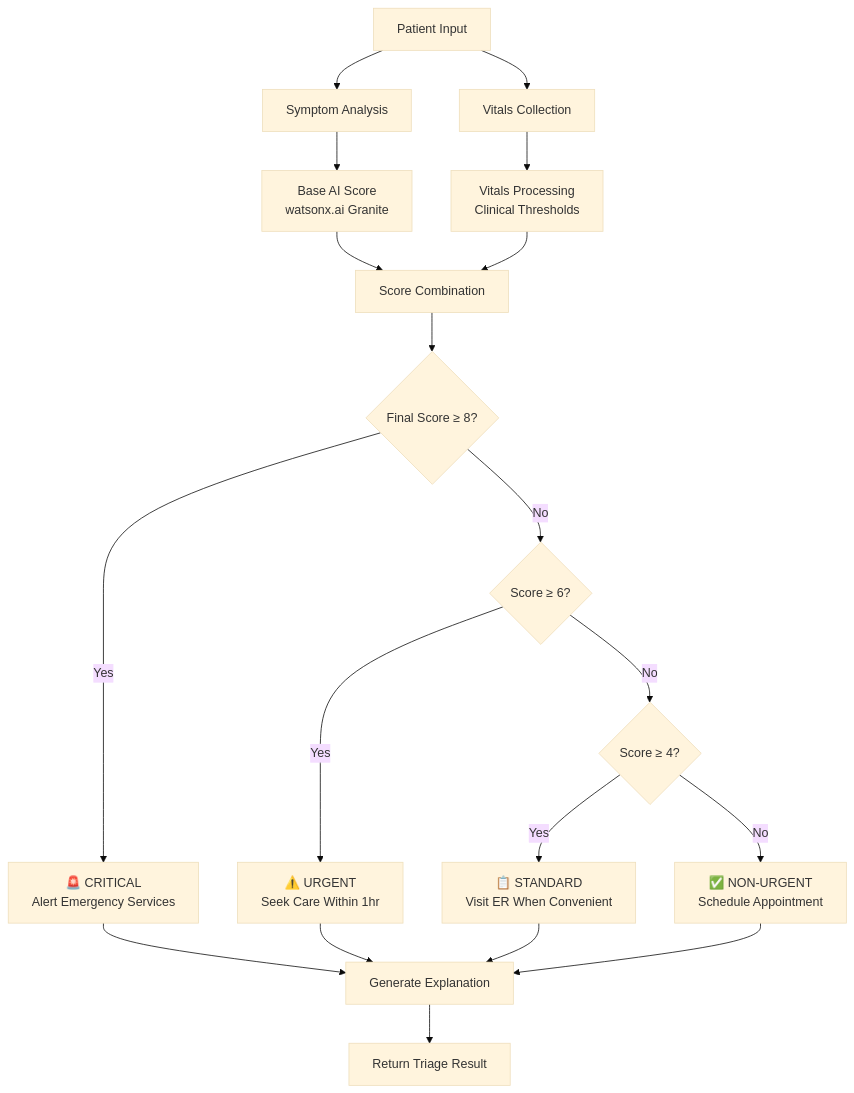
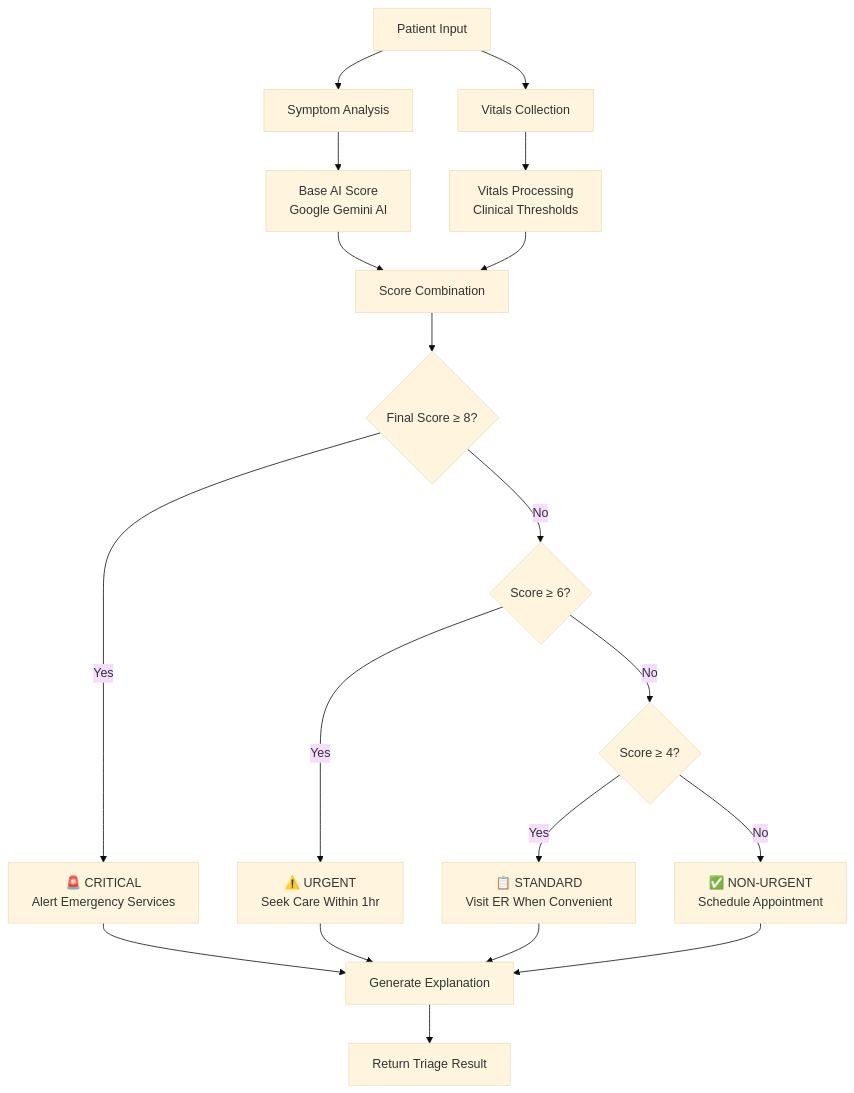
Before and after one commit to SA-Msweli/triage_bios_ai: the second of 2 diagrams in README.md, drawn with Mermaid (base theme). The commit also changed other lines of this file and 129 other files, not shown here.

````diff
--- a/README.md
+++ b/README.md
@@ -181,26 +180,26 @@
 ```mermaid
 flowchart TD
     A[Patient Input] --> B[Symptom Analysis]
     A --> C[Vitals Collection]
     
-    B --> D[Base AI Score<br/>watsonx.ai Granite]
+    B --> D[Base AI Score<br/>Google Gemini AI]
     C --> E[Vitals Processing<br/>Clinical Thresholds]
     
     D --> F[Score Combination]
     E --> F
     
     F --> G{Final Score ≥ 8?}
     G -->|Yes| H[🚨 CRITICAL<br/>Alert Emergency Services]
     G -->|No| I{Score ≥ 6?}
     I -->|Yes| J[⚠️ URGENT<br/>Seek Care Within 1hr]
     I -->|No| K{Score ≥ 4?}
     K -->|Yes| L[📋 STANDARD<br/>Visit ER When Convenient]
     K -->|No| M[✅ NON-URGENT<br/>Schedule Appointment]
     
     H --> N[Generate Explanation]
     J --> N
     L --> N
     M --> N
     
     N --> O[Return Triage Result]
 ```
````
